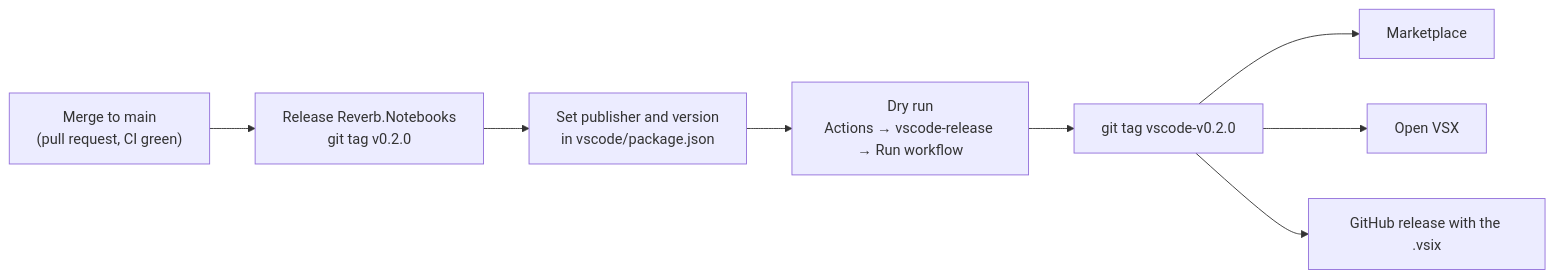
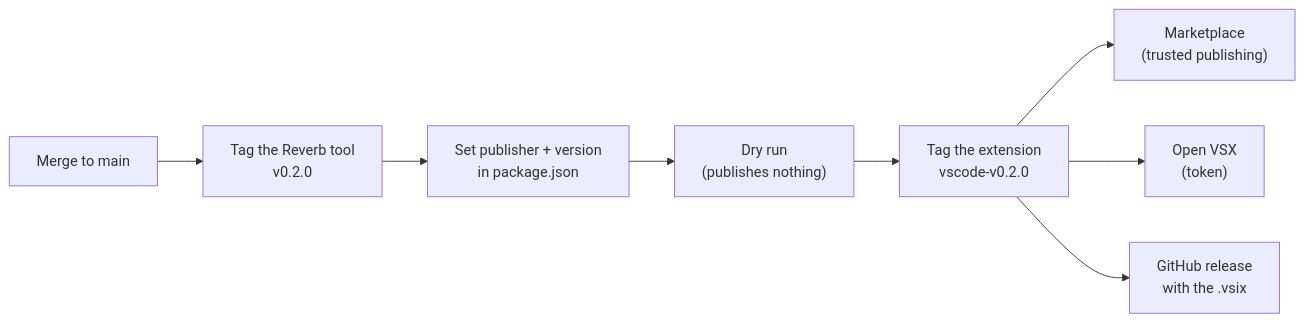
One commit to fakhrulhilal/reverb changed the diagram in vscode/PUBLISHING.md. Above: the diagram before and after it, drawn with Mermaid. The commit also changed other lines of this file and 3 other files, not shown here.

First line of the commit message:
Publish to the Marketplace with trusted publishing, and set the publisher

````diff
--- a/vscode/PUBLISHING.md
+++ b/vscode/PUBLISHING.md
@@ -10,10 +10,10 @@
 ```mermaid
 flowchart LR
-    A["Merge to main<br/>(pull request, CI green)"] --> B["Release Reverb.Notebooks<br/>git tag v0.2.0"]
-    B --> C["Set publisher and version<br/>in vscode/package.json"]
-    C --> D["Dry run<br/>Actions → vscode-release → Run workflow"]
-    D --> E["git tag vscode-v0.2.0"]
-    E --> F["Marketplace"]
-    E --> G["Open VSX"]
-    E --> H["GitHub release with the .vsix"]
+    A["Merge to main"] --> B["Tag the Reverb tool<br/>v0.2.0"]
+    B --> C["Set publisher + version<br/>in package.json"]
+    C --> D["Dry run<br/>(publishes nothing)"]
+    D --> E["Tag the extension<br/>vscode-v0.2.0"]
+    E --> F["Marketplace<br/>(trusted publishing)"]
+    E --> G["Open VSX<br/>(token)"]
+    E --> H["GitHub release<br/>with the .vsix"]
 ```
````
